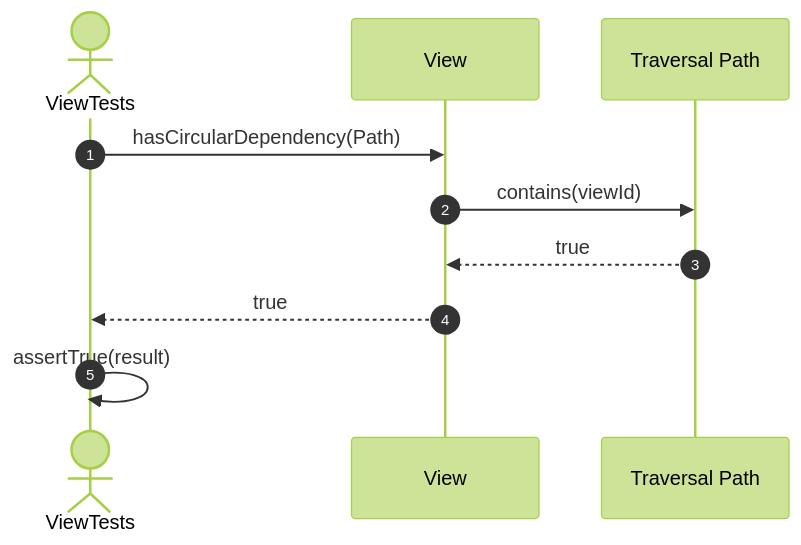
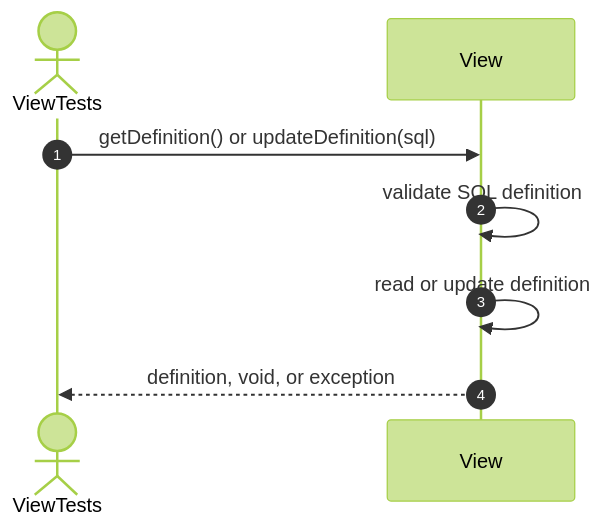
Before and after one commit to FhuAnn/-bbv-AN-s-DBMS: diagram 16 of 48 in src/tests/unit/metadata/docs/view-testing.se.md, drawn with Mermaid (forest theme). The commit also changed other lines of this file and 7 other files, not shown here.

Commit message:
update detail testing process up to now in readme, update constraint testing sequences

````diff
--- a/src/tests/unit/metadata/docs/view-testing.se.md
+++ b/src/tests/unit/metadata/docs/view-testing.se.md
@@ -275,14 +215,10 @@
 ```mermaid
 sequenceDiagram
     autonumber
     actor Test as ViewTests
     participant View as View
-    participant Path as Traversal Path
-
-    Test->>View: hasCircularDependency(Path)
-    View->>Path: contains(viewId)
-    Path-->>View: true
-    View-->>Test: true
-
-    Test->>Test: assertTrue(result)
+    Test->>View: getDefinition() or updateDefinition(sql)
+    View->>View: validate SQL definition
+    View->>View: read or update definition
+    View-->>Test: definition, void, or exception
 ```
````
